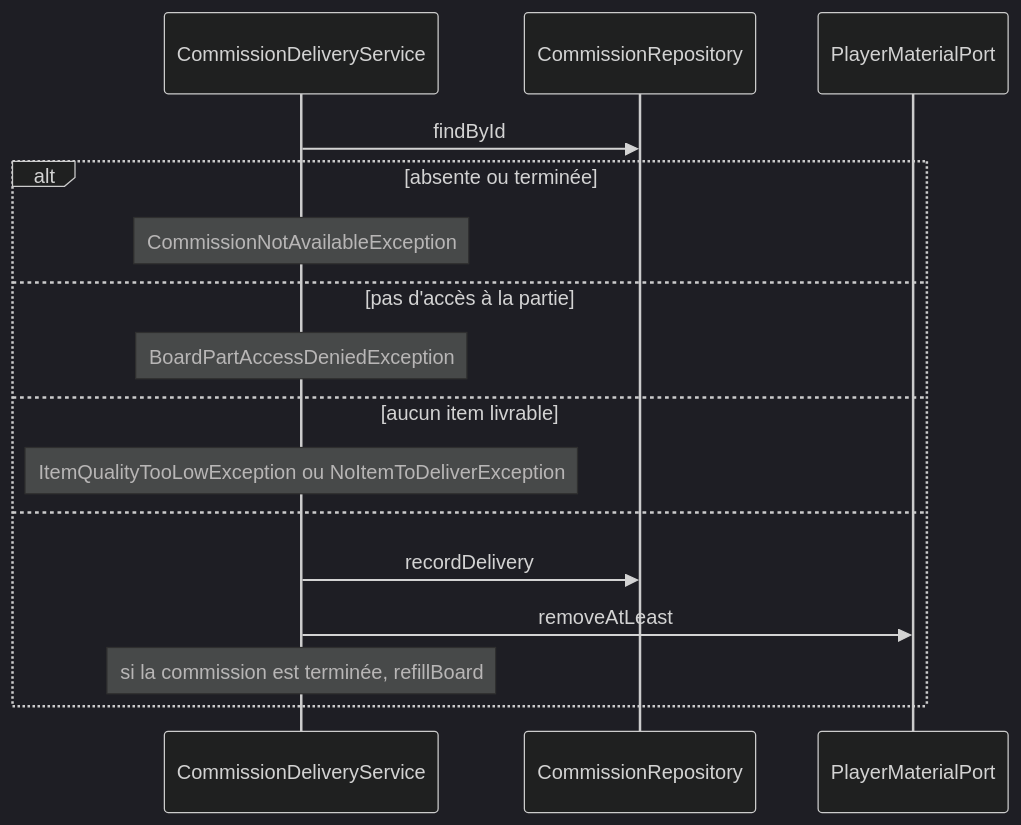
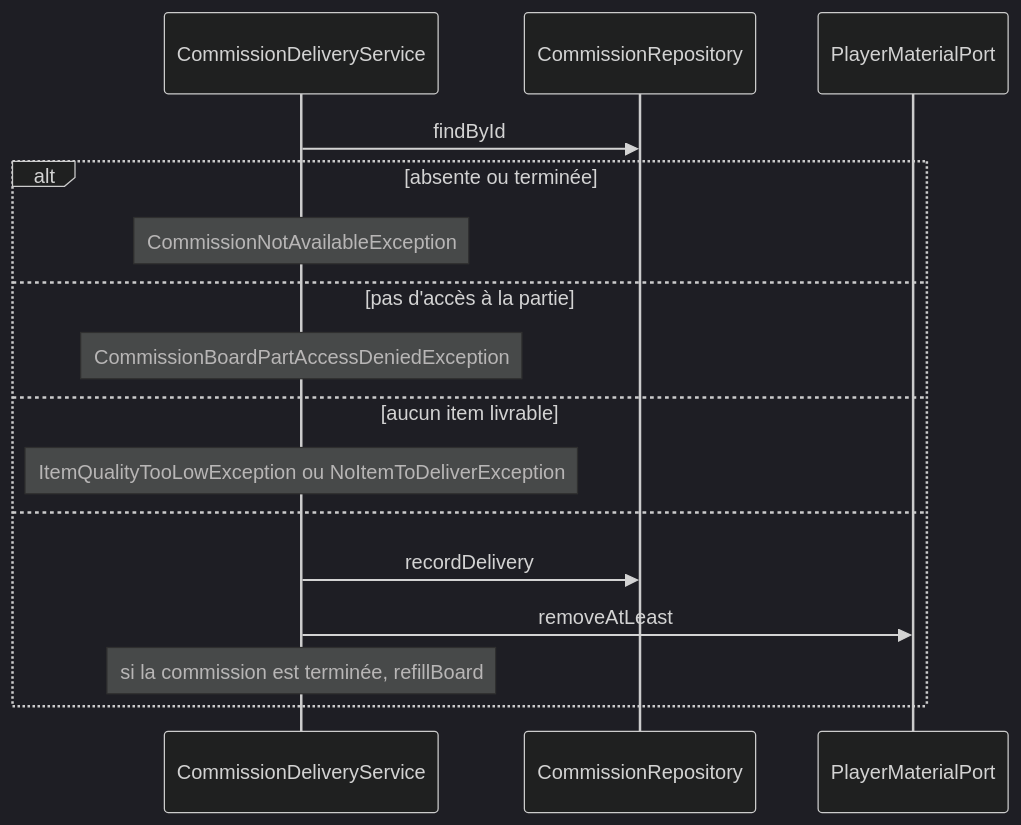
One commit to TesseractFR/TesseractSRP2 changed the second of 2 diagrams in commission-domain/spec/commission-domain-doc.md. Above: the diagram before and after it, drawn with Mermaid (dark theme). The commit also changed other lines of this file and 90 other files, not shown here.

````diff
--- a/commission-domain/spec/commission-domain-doc.md
+++ b/commission-domain/spec/commission-domain-doc.md
@@ -207,18 +202,18 @@
 ```mermaid
 sequenceDiagram
     participant S as CommissionDeliveryService
     participant R as CommissionRepository
     participant M as PlayerMaterialPort
     S->>R: findById
     alt absente ou terminée
         Note over S: CommissionNotAvailableException
     else pas d'accès à la partie
-        Note over S: BoardPartAccessDeniedException
+        Note over S: CommissionBoardPartAccessDeniedException
     else aucun item livrable
         Note over S: ItemQualityTooLowException ou NoItemToDeliverException
     else
         S->>R: recordDelivery
         S->>M: removeAtLeast
         Note over S: si la commission est terminée, refillBoard
     end
 ```
````
